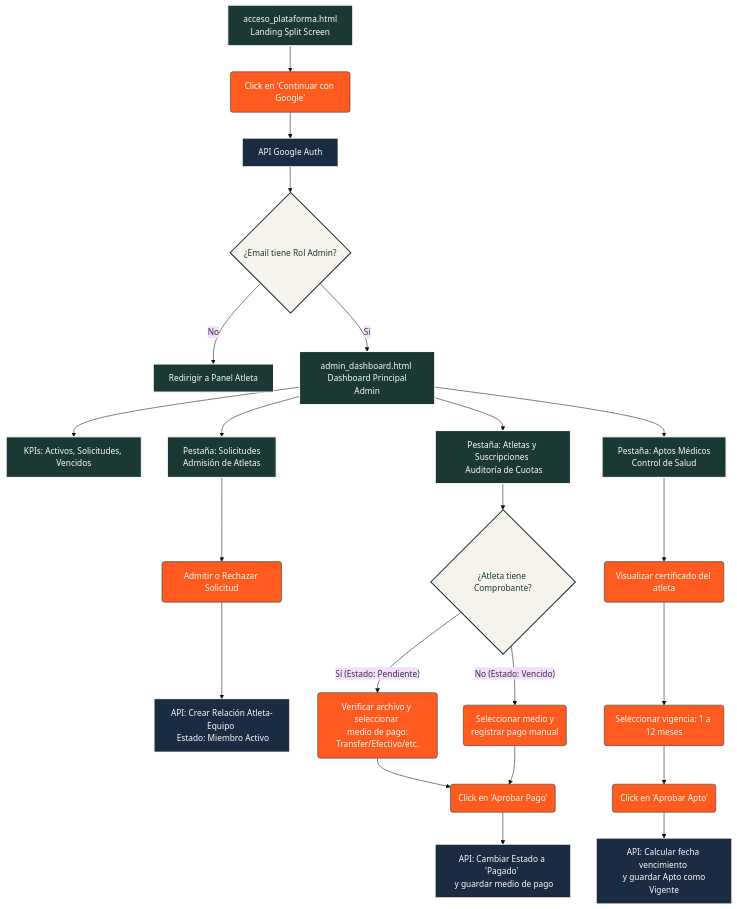
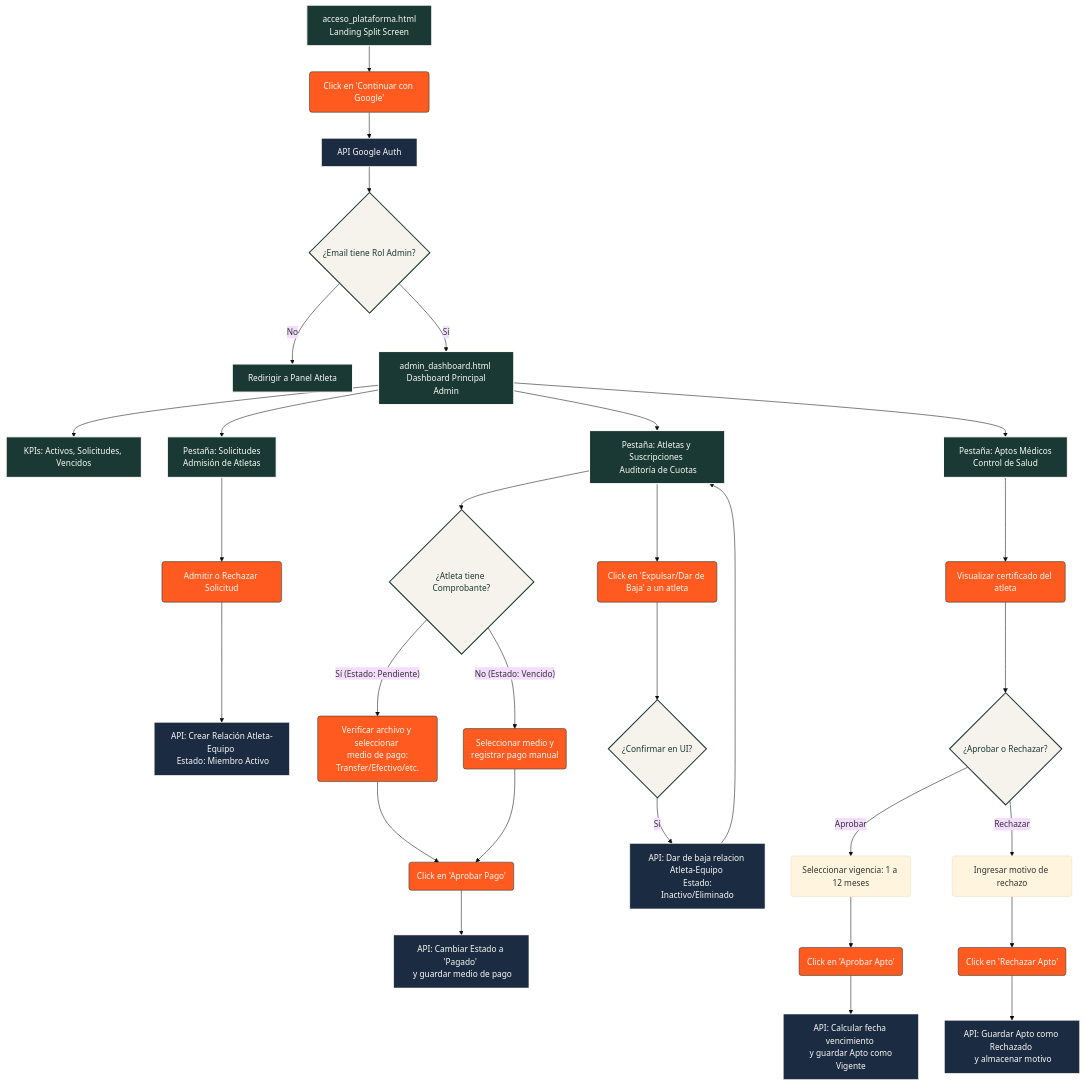
One commit to thspin/stride changed the third of 3 diagrams in User Flows/stride_user_flows.md. Above: the diagram before and after it, drawn with Mermaid (base theme). The commit also changed other lines of this file and 8 other files, not shown here.

Commit message:
Docs: Update user flows with new business rules

````diff
--- a/User Flows/stride_user_flows.md
+++ b/User Flows/stride_user_flows.md
@@ -127,34 +142,44 @@
 ```mermaid
 graph TD
     classDef pantalla fill:#1A3834,stroke:#FBFAF4,stroke-width:2px,color:#FBFAF4;
     classDef accion fill:#FF5A1F,stroke:#1A3834,stroke-width:1px,color:#FBFAF4;
     classDef decision fill:#F5F3EB,stroke:#1A3834,stroke-width:2px,color:#1A3834;
     classDef sistema fill:#1A2B42,stroke:#FBFAF4,stroke-width:1px,color:#FBFAF4;
 
     A[acceso_plataforma.html <br> Landing Split Screen]:::pantalla --> B(Click en 'Continuar con Google'):::accion
     B --> C[API Google Auth]:::sistema
     C --> D{¿Email tiene Rol Admin?}:::decision
     
     D -- No --> E[Redirigir a Panel Atleta]:::pantalla
     D -- Sí --> F[admin_dashboard.html <br> Dashboard Principal Admin]:::pantalla
     
     F --> G[KPIs: Activos, Solicitudes, Vencidos]:::pantalla
     F --> H[Pestaña: Solicitudes <br> Admisión de Atletas]:::pantalla
     F --> I[Pestaña: Atletas y Suscripciones <br> Auditoría de Cuotas]:::pantalla
     F --> J[Pestaña: Aptos Médicos <br> Control de Salud]:::pantalla
     
     H --> H1(Admitir o Rechazar Solicitud):::accion
     H1 --> H2[API: Crear Relación Atleta-Equipo <br> Estado: Miembro Activo]:::sistema
     
     I --> I1{¿Atleta tiene Comprobante?}:::decision
     I1 -- Sí (Estado: Pendiente) --> I2(Verificar archivo y seleccionar <br> medio de pago: Transfer/Efectivo/etc.):::accion
     I1 -- No (Estado: Vencido) --> I3(Seleccionar medio y <br> registrar pago manual):::accion
     I2 --> I4(Click en 'Aprobar Pago'):::accion
     I3 --> I4
     I4 --> I5[API: Cambiar Estado a 'Pagado' <br> y guardar medio de pago]:::sistema
     
+    I --> I6(Click en 'Expulsar/Dar de Baja' a un atleta):::accion
+    I6 --> I7{¿Confirmar en UI?}:::decision
+    I7 -- Sí --> I8[API: Dar de baja relacion Atleta-Equipo <br> Estado: Inactivo/Eliminado]:::sistema
+    I8 --> I
+
     J --> J1(Visualizar certificado del atleta):::accion
-    J1 --> J2(Seleccionar vigencia: 1 a 12 meses):::accion
-    J2 --> J3(Click en 'Aprobar Apto'):::accion
-    J3 --> J4[API: Calcular fecha vencimiento <br> y guardar Apto como Vigente]:::sistema
+    J1 --> J2{¿Aprobar o Rechazar?}:::decision
+    J2 -- Aprobar --> J3(Seleccionar vigencia: 1 a 12 meses)
+    J3 --> J4(Click en 'Aprobar Apto'):::accion
+    J4 --> J5[API: Calcular fecha vencimiento <br> y guardar Apto como Vigente]:::sistema
+    
+    J2 -- Rechazar --> J6(Ingresar motivo de rechazo)
+    J6 --> J7(Click en 'Rechazar Apto'):::accion
+    J7 --> J8[API: Guardar Apto como Rechazado <br> y almacenar motivo]:::sistema
 ```
````
